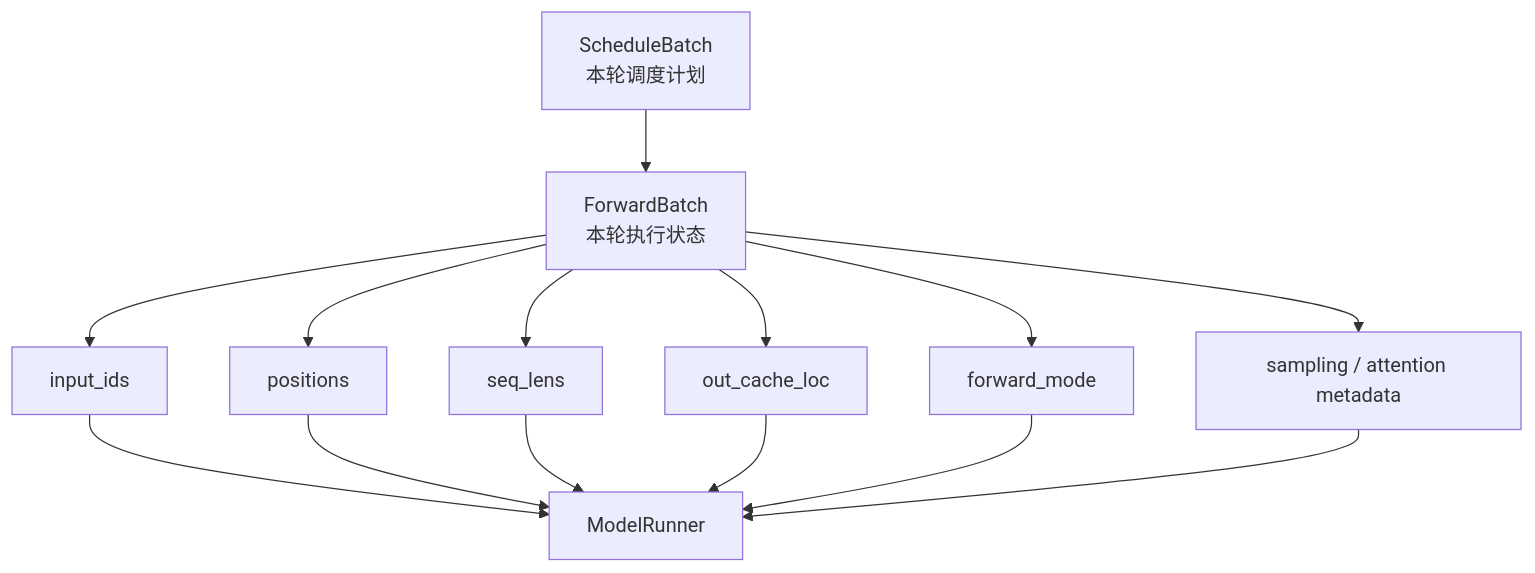
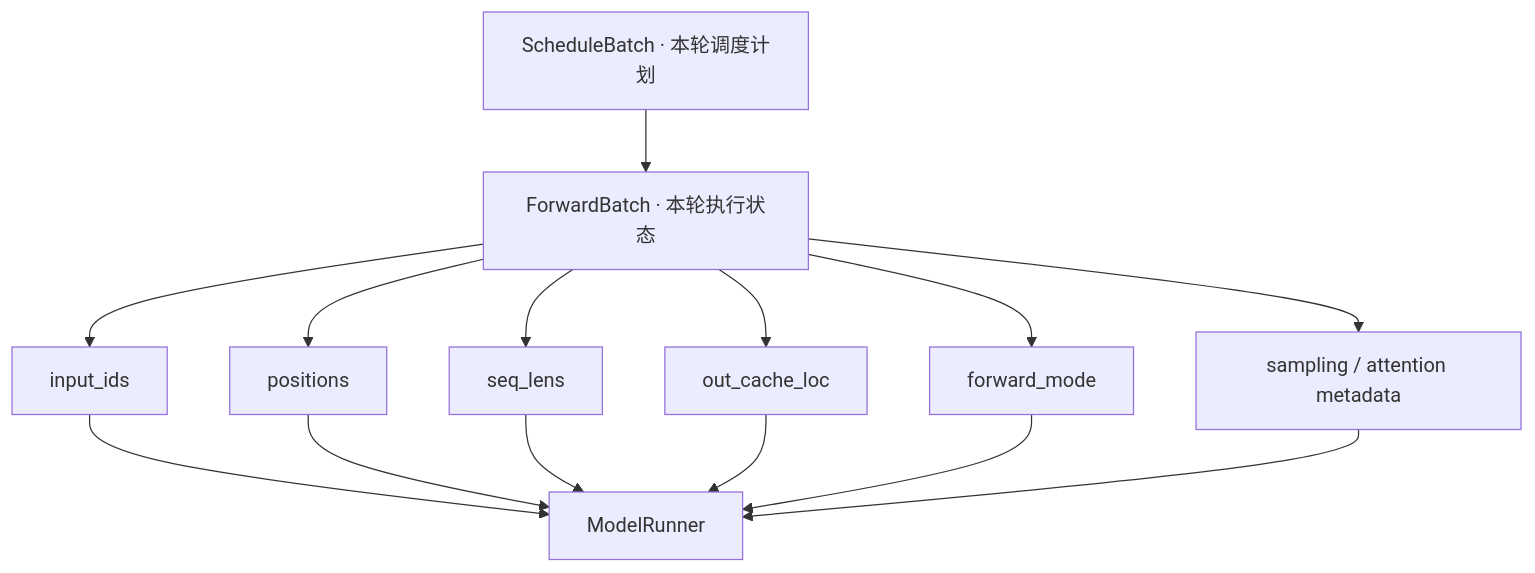
Before and after one commit to AkiYangDev/llm-inference-notes: the first of 5 diagrams in docs/sglang/sglang-modelrunner-source-analysis.md, drawn with Mermaid. The commit also changed other lines of this file and 44 other files, not shown here.

````diff
--- a/docs/sglang/sglang-modelrunner-source-analysis.md
+++ b/docs/sglang/sglang-modelrunner-source-analysis.md
@@ -118,19 +114,19 @@
 ```mermaid
 flowchart TD
-    S[ScheduleBatch<br/>本轮调度计划]
-    S --> F[ForwardBatch<br/>本轮执行状态]
+    S[ScheduleBatch · 本轮调度计划]
+    S --> F[ForwardBatch · 本轮执行状态]
 
     F --> I[input_ids]
     F --> P[positions]
     F --> L[seq_lens]
     F --> K[out_cache_loc]
     F --> M[forward_mode]
     F --> A[sampling / attention metadata]
 
     I --> R[ModelRunner]
     P --> R
     L --> R
     K --> R
     M --> R
     A --> R
 ```
````
